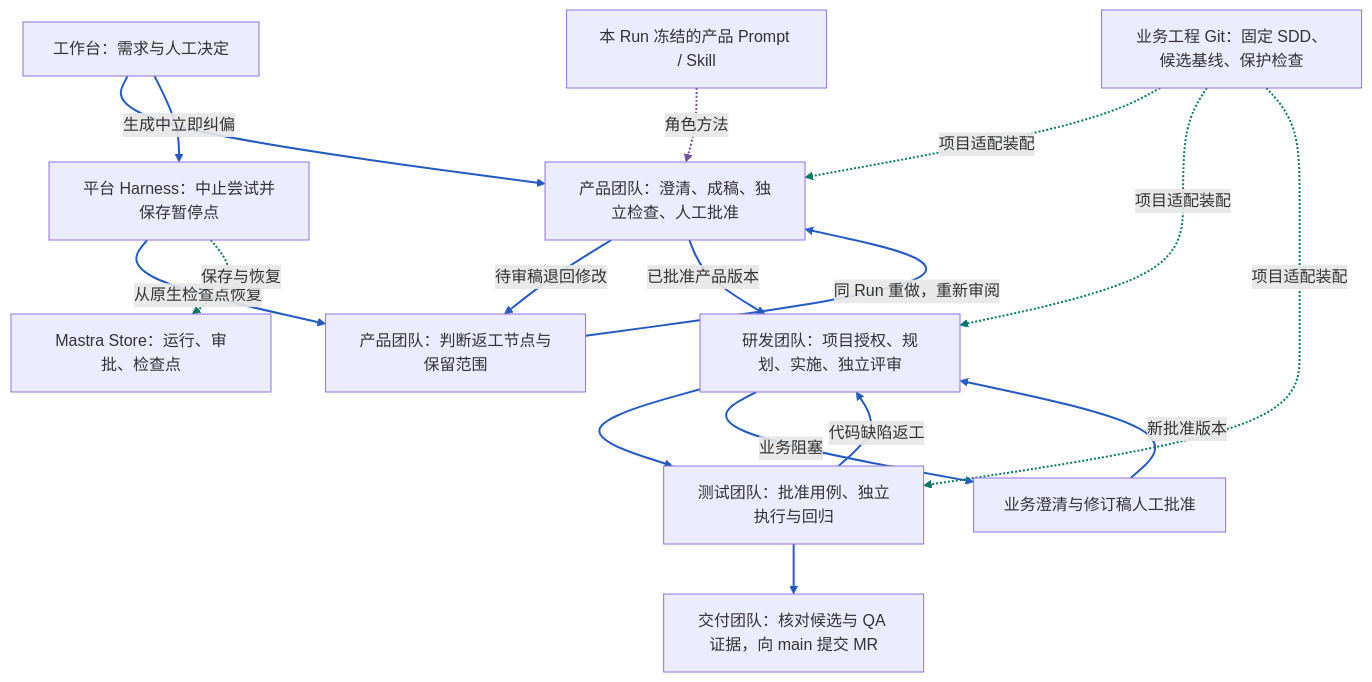
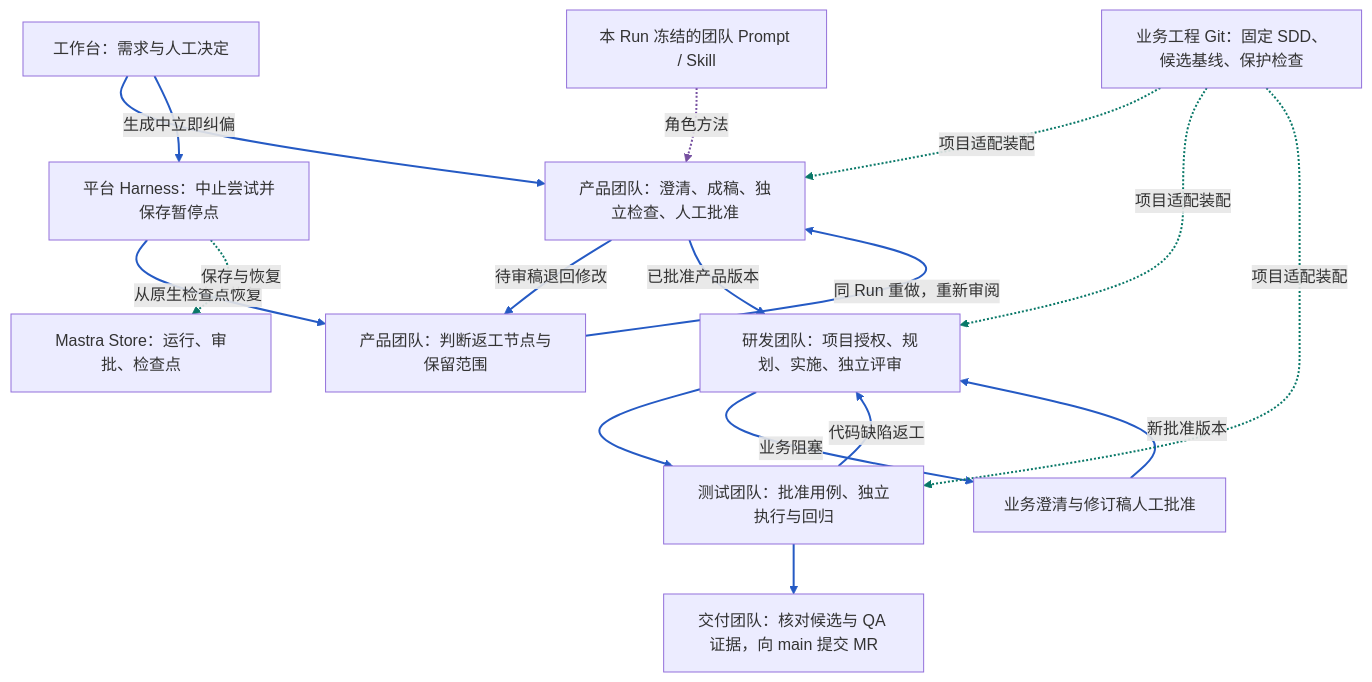
The first of 3 diagrams in docs/application/visual-framework.md (leidaibo-lab/ai-platform), drawn with Mermaid before and after one commit. The commit also changed other lines of this file and 62 other files, not shown here.

````diff
--- a/docs/application/visual-framework.md
+++ b/docs/application/visual-framework.md
@@ -44,22 +44,22 @@
 ```mermaid
 flowchart TB
     UI["工作台：需求与人工决定"] --> P["产品团队：澄清、成稿、独立检查、人工批准"]
     UI -->|生成中立即纠偏| CORRECT["平台 Harness：中止尝试并保存暂停点"]
     P -->|待审稿退回修改| REWORK["产品团队：判断返工节点与保留范围"]
     CORRECT -->|从原生检查点恢复| REWORK
     REWORK -->|同 Run 重做，重新审阅| P
     P -->|已批准产品版本| D["研发团队：项目授权、规划、实施、独立评审"]
     D --> T["测试团队：批准用例、独立执行与回归"]
     T --> F["交付团队：核对候选与 QA 证据，向 main 提交 MR"]
     D -->|业务阻塞| C["业务澄清与修订稿人工批准"]
     C -->|新批准版本| D
     T -->|代码缺陷返工| D
     G["业务工程 Git：固定 SDD、候选基线、保护检查"] -.->|项目适配装配| P
     G -.->|项目适配装配| D
     G -.->|项目适配装配| T
-    N["本 Run 冻结的产品 Prompt / Skill"] -.->|角色方法| P
+    N["本 Run 冻结的团队 Prompt / Skill"] -.->|角色方法| P
     CORRECT -.->|保存与恢复| S["Mastra Store：运行、审批、检查点"]
     linkStyle 0,1,2,3,4,5,6,7,8,9,10 stroke:#255ac4,stroke-width:2px
     linkStyle 11,12,13,15 stroke:#097868,stroke-width:2px
     linkStyle 14 stroke:#7650a0,stroke-width:2px
 ```
````
